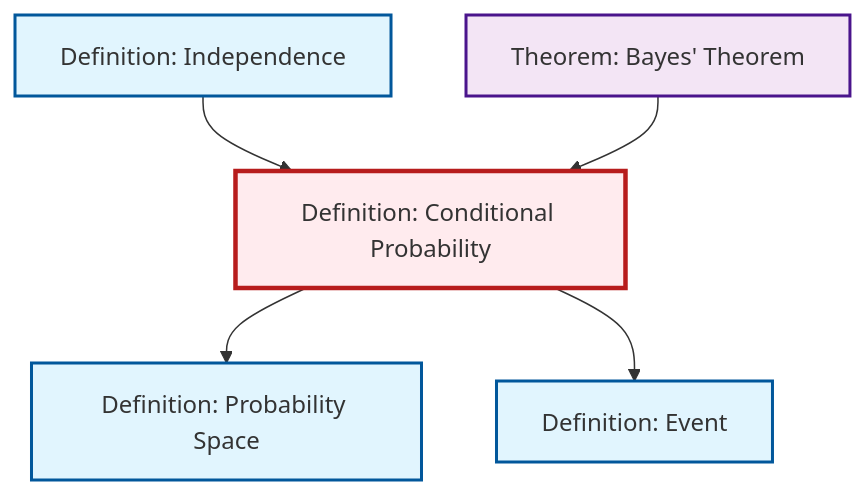
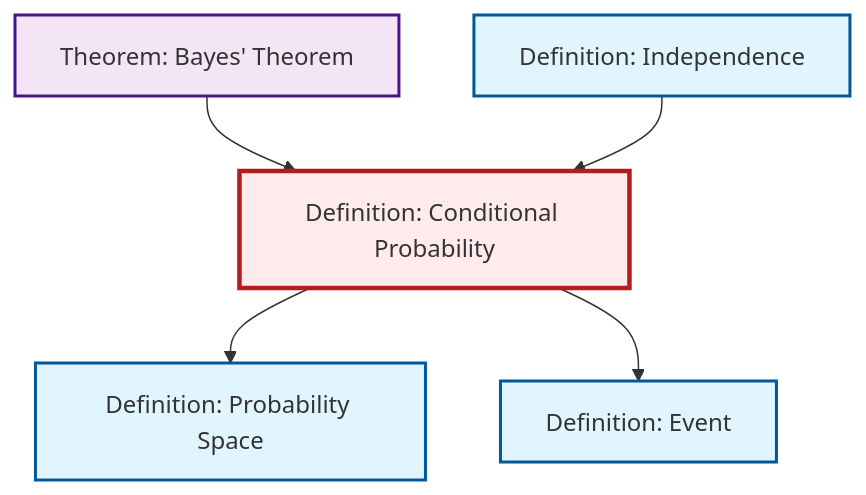
One commit to RK0429/ModernMath changed the diagram in content/ja/probability-statistics/def-conditional-probability.qmd. Above: the diagram before and after it, drawn with Mermaid. The commit also changed other lines of this file and 581 other files, not shown here.

````diff
--- a/content/ja/probability-statistics/def-conditional-probability.qmd
+++ b/content/ja/probability-statistics/def-conditional-probability.qmd
@@ -70,23 +70,23 @@
 ```{mermaid}
 %%| fig-cap: "Local dependency graph"
 graph TD
     classDef definition fill:#e1f5fe,stroke:#01579b,stroke-width:2px
     classDef theorem fill:#f3e5f5,stroke:#4a148c,stroke-width:2px
     classDef axiom fill:#fff3e0,stroke:#e65100,stroke-width:2px
     classDef example fill:#e8f5e9,stroke:#1b5e20,stroke-width:2px
     classDef current fill:#ffebee,stroke:#b71c1c,stroke-width:3px
-    def-event["Definition: Event"]:::definition
-    thm-bayes["Theorem: Bayes' Theorem"]:::theorem
     def-probability-space["Definition: Probability Space"]:::definition
     def-independence["Definition: Independence"]:::definition
+    thm-bayes["Theorem: Bayes' Theorem"]:::theorem
+    def-event["Definition: Event"]:::definition
     def-conditional-probability["Definition: Conditional Probability"]:::definition
+    def-conditional-probability --> def-probability-space
+    thm-bayes --> def-conditional-probability
+    def-conditional-probability --> def-event
     def-independence --> def-conditional-probability
-    thm-bayes --> def-conditional-probability
-    def-conditional-probability --> def-probability-space
-    def-conditional-probability --> def-event
     class def-conditional-probability current
-    click def-event "def-event.html" "Definition: Eventへ"
-    click thm-bayes "thm-bayes.html" "Theorem: Bayes' Theoremへ"
     click def-probability-space "def-probability-space.html" "Definition: Probability Spaceへ"
     click def-independence "def-independence.html" "Definition: Independenceへ"
+    click thm-bayes "thm-bayes.html" "Theorem: Bayes' Theoremへ"
+    click def-event "def-event.html" "Definition: Eventへ"
 ```
````
